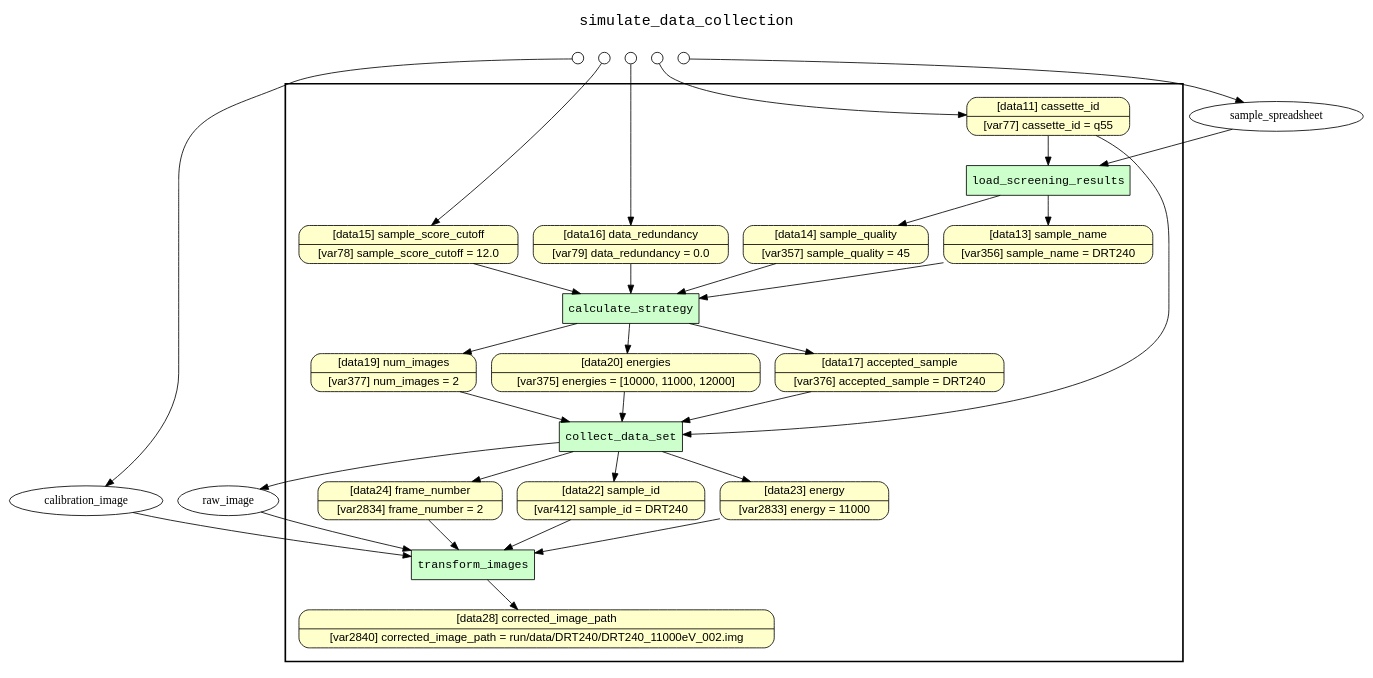
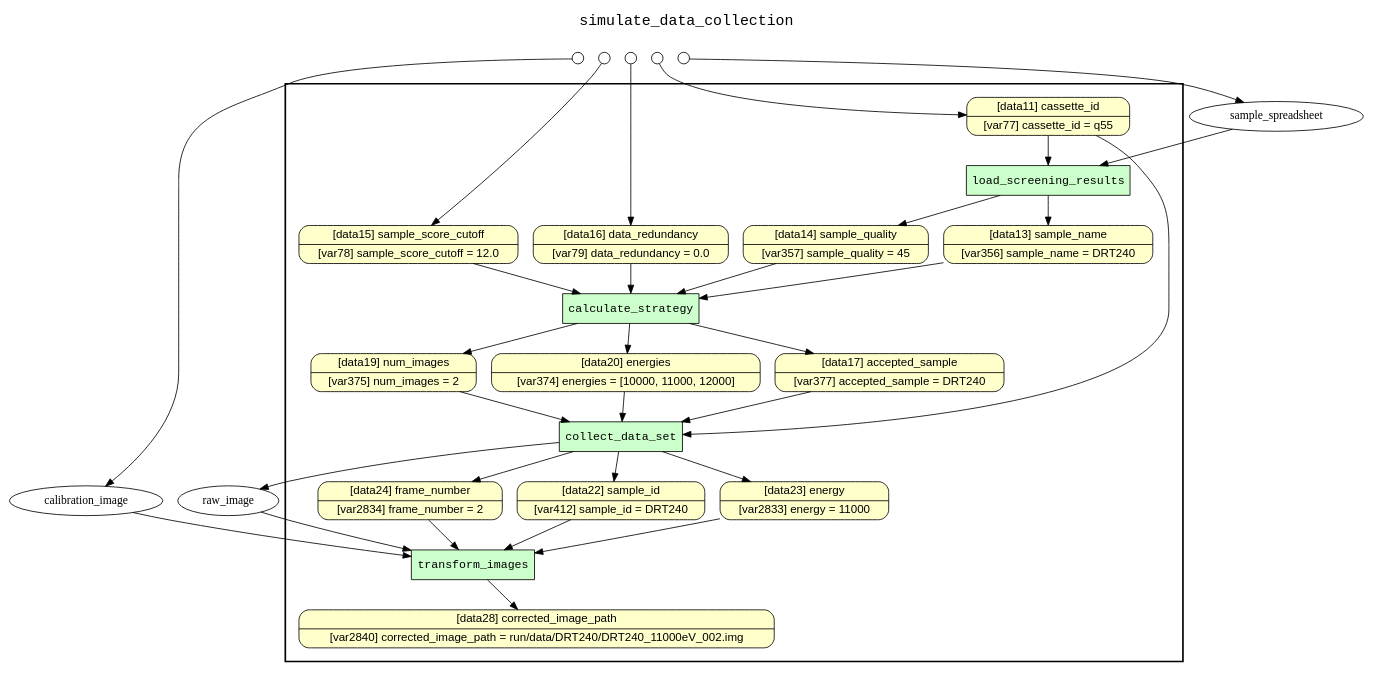
The diagram in examples/simulate_data_collection/yw_nw_retrospective_lineage.gv (yesworkflow-org/yw-noworkflow), drawn with Graphviz before and after one commit. The commit also changed 17 other files, not shown here.

```diff
--- a/examples/simulate_data_collection/yw_nw_retrospective_lineage.gv
+++ b/examples/simulate_data_collection/yw_nw_retrospective_lineage.gv
@@ -1,71 +1,71 @@
 
 digraph yw_data_view {
 rankdir=TB
 fontname=Courier; fontsize=18; labelloc=t
 label="simulate_data_collection"
 subgraph cluster_workflow { label=""; color=black; penwidth=2
 subgraph cluster_workflow_inner { label=""; color=white
 node[shape=box style="filled" fillcolor="#CCFFCC" peripheries=1 fontname=Courier]
 collect_data_set
 calculate_strategy
 load_screening_results
 transform_images
 node[shape=box style="filled" fillcolor="#CCFFCC" peripheries=1 fontname=Courier]
 node[shape=box style="rounded,filled" fillcolor="#FFFFCC" peripheries=1 fontname=Helvetica]
 cassette_id [shape=record rankdir=LR label="{<f0> [data11] cassette_id |<f1> [var77] cassette_id = q55}"]
 sample_name [shape=record rankdir=LR label="{<f0> [data13] sample_name |<f1> [var356] sample_name = DRT240}"]
 sample_quality [shape=record rankdir=LR label="{<f0> [data14] sample_quality |<f1> [var357] sample_quality = 45}"]
 sample_score_cutoff [shape=record rankdir=LR label="{<f0> [data15] sample_score_cutoff |<f1> [var78] sample_score_cutoff = 12.0}"]
 data_redundancy [shape=record rankdir=LR label="{<f0> [data16] data_redundancy |<f1> [var79] data_redundancy = 0.0}"]
-accepted_sample [shape=record rankdir=LR label="{<f0> [data17] accepted_sample |<f1> [var376] accepted_sample = DRT240}"]
-num_images [shape=record rankdir=LR label="{<f0> [data19] num_images |<f1> [var377] num_images = 2}"]
-energies [shape=record rankdir=LR label="{<f0> [data20] energies |<f1> [var375] energies = [10000, 11000, 12000]}"]
+accepted_sample [shape=record rankdir=LR label="{<f0> [data17] accepted_sample |<f1> [var377] accepted_sample = DRT240}"]
+num_images [shape=record rankdir=LR label="{<f0> [data19] num_images |<f1> [var375] num_images = 2}"]
+energies [shape=record rankdir=LR label="{<f0> [data20] energies |<f1> [var374] energies = [10000, 11000, 12000]}"]
 sample_id [shape=record rankdir=LR label="{<f0> [data22] sample_id |<f1> [var412] sample_id = DRT240}"]
 energy [shape=record rankdir=LR label="{<f0> [data23] energy |<f1> [var2833] energy = 11000}"]
 frame_number [shape=record rankdir=LR label="{<f0> [data24] frame_number |<f1> [var2834] frame_number = 2}"]
 corrected_image_path [shape=record rankdir=LR label="{<f0> [data28] corrected_image_path |<f1> [var2840] corrected_image_path = run/data/DRT240/DRT240_11000eV_002.img}"]
 }}
 subgraph cluster_inflows { label=""; color=white; penwidth=2
 subgraph cluster_inflows_inner { label=""; color=white
 node[shape=circle fillcolor="#FFFFFF" peripheries=1 width=0.2]
 sample_spreadsheet_inflow [label=""]
 calibration_image_inflow [label=""]
 sample_score_cutoff_inflow [label=""]
 data_redundancy_inflow [label=""]
 cassette_id_inflow [label=""]
 }}
 subgraph cluster_outflows { label=""; color=white; penwidth=2
 subgraph cluster_outflows_inner { label=""; color=white
 node[shape=circle fillcolor="#FFFFFF" peripheries=1 width=0.2]
 }}
-sample_score_cutoff -> calculate_strategy
 energies -> collect_data_set
 sample_quality -> calculate_strategy
 sample_spreadsheet -> load_screening_results
 calibration_image -> transform_images
 cassette_id -> collect_data_set
 cassette_id -> load_screening_results
 sample_id -> transform_images
 accepted_sample -> collect_data_set
+sample_score_cutoff -> calculate_strategy
+data_redundancy -> calculate_strategy
 raw_image -> transform_images
 num_images -> collect_data_set
 sample_name -> calculate_strategy
 frame_number -> transform_images
 energy -> transform_images
-data_redundancy -> calculate_strategy
 load_screening_results -> sample_name
 load_screening_results -> sample_quality
 calculate_strategy -> accepted_sample
 calculate_strategy -> num_images
 calculate_strategy -> energies
 collect_data_set -> sample_id
 collect_data_set -> energy
 collect_data_set -> frame_number
 collect_data_set -> raw_image
 transform_images -> corrected_image_path
 sample_spreadsheet_inflow -> sample_spreadsheet
 calibration_image_inflow -> calibration_image
 sample_score_cutoff_inflow -> sample_score_cutoff
 data_redundancy_inflow -> data_redundancy
 cassette_id_inflow -> cassette_id
 }
```
